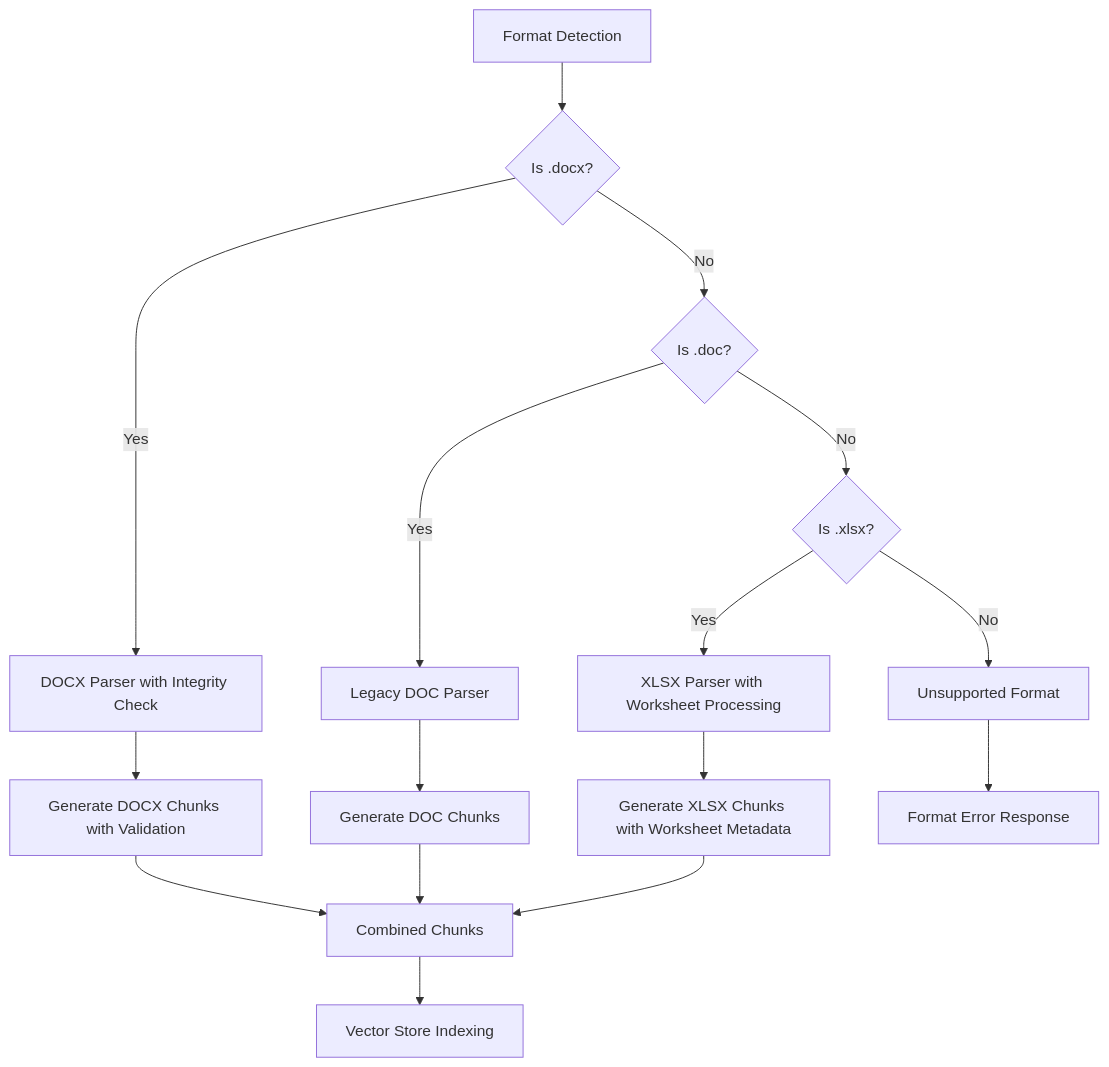
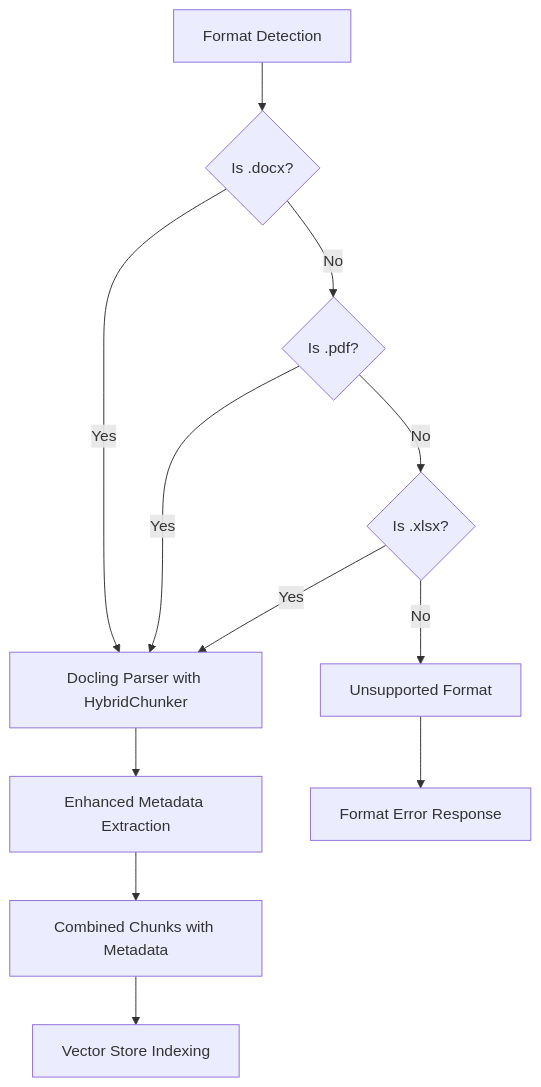
Before and after one commit to ognelis/cafetera_hr_bot: the seventh of 25 diagrams in .qoder/repowiki/en/content/Document Management System.md, drawn with Mermaid. The commit also changed other lines of this file and 5 other files, not shown here.

````diff
--- a/.qoder/repowiki/en/content/Document Management System.md
+++ b/.qoder/repowiki/en/content/Document Management System.md
@@ -836,18 +860,14 @@
 ```mermaid
 flowchart TD
 FormatDetection[Format Detection] --> DocxCheck{Is .docx?}
-DocxCheck --> |Yes| DocxParser[DOCX Parser with Integrity Check]
-DocxCheck --> |No| DocCheck{Is .doc?}
-DocCheck --> |Yes| DocParser[Legacy DOC Parser]
-DocCheck --> |No| XlsxCheck{Is .xlsx?}
-XlsxCheck --> |Yes| XlsxParser[XLSX Parser with Worksheet Processing]
+DocxCheck --> |Yes| DoclingParser[Docling Parser with HybridChunker]
+DocxCheck --> |No| PdfCheck{Is .pdf?}
+PdfCheck --> |Yes| DoclingParser
+PdfCheck --> |No| XlsxCheck{Is .xlsx?}
+XlsxCheck --> |Yes| DoclingParser
 XlsxCheck --> |No| Unsupported[Unsupported Format]
-DocxParser --> DocxChunks[Generate DOCX Chunks with Validation]
-DocParser --> DocChunks[Generate DOC Chunks]
-XlsxParser --> XlsxChunks[Generate XLSX Chunks with Worksheet Metadata]
-DocxChunks --> CombinedChunks[Combined Chunks]
-DocChunks --> CombinedChunks
-XlsxChunks --> CombinedChunks
+DoclingParser --> EnhancedMetadata[Enhanced Metadata Extraction]
+EnhancedMetadata --> CombinedChunks[Combined Chunks with Metadata]
 CombinedChunks --> VectorStore[Vector Store Indexing]
 Unsupported --> Error[Format Error Response]
 ```
````
